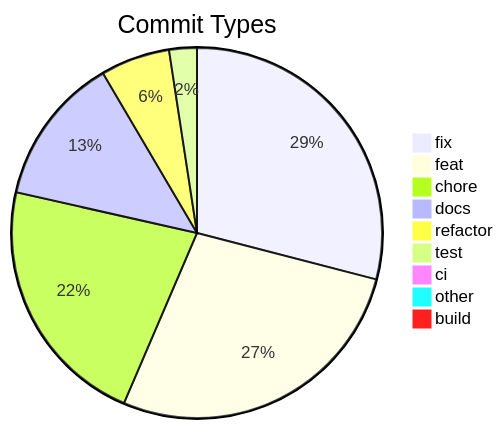
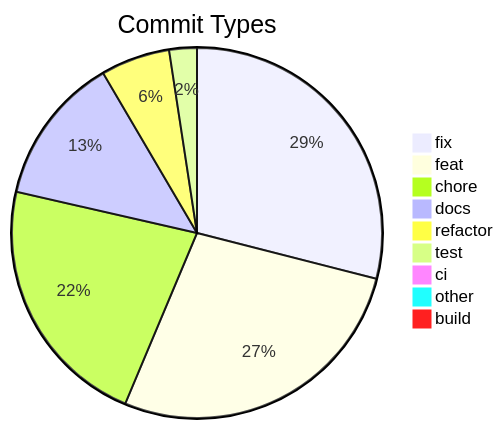
Before and after one commit to svenroth-ai/shipwright: the diagram in .shipwright/compliance/change-history.md, drawn with Mermaid. The commit also changed other lines of this file and 30 other files, not shown here.

````diff
--- a/.shipwright/compliance/change-history.md
+++ b/.shipwright/compliance/change-history.md
@@ -8,12 +8,12 @@
 ```mermaid
 pie title Commit Types
     "fix" : 288
     "feat" : 272
-    "chore" : 219
+    "chore" : 221
     "docs" : 129
     "refactor" : 60
     "test" : 24
     "ci" : 7
     "other" : 7
     "build" : 1
 ```
````
